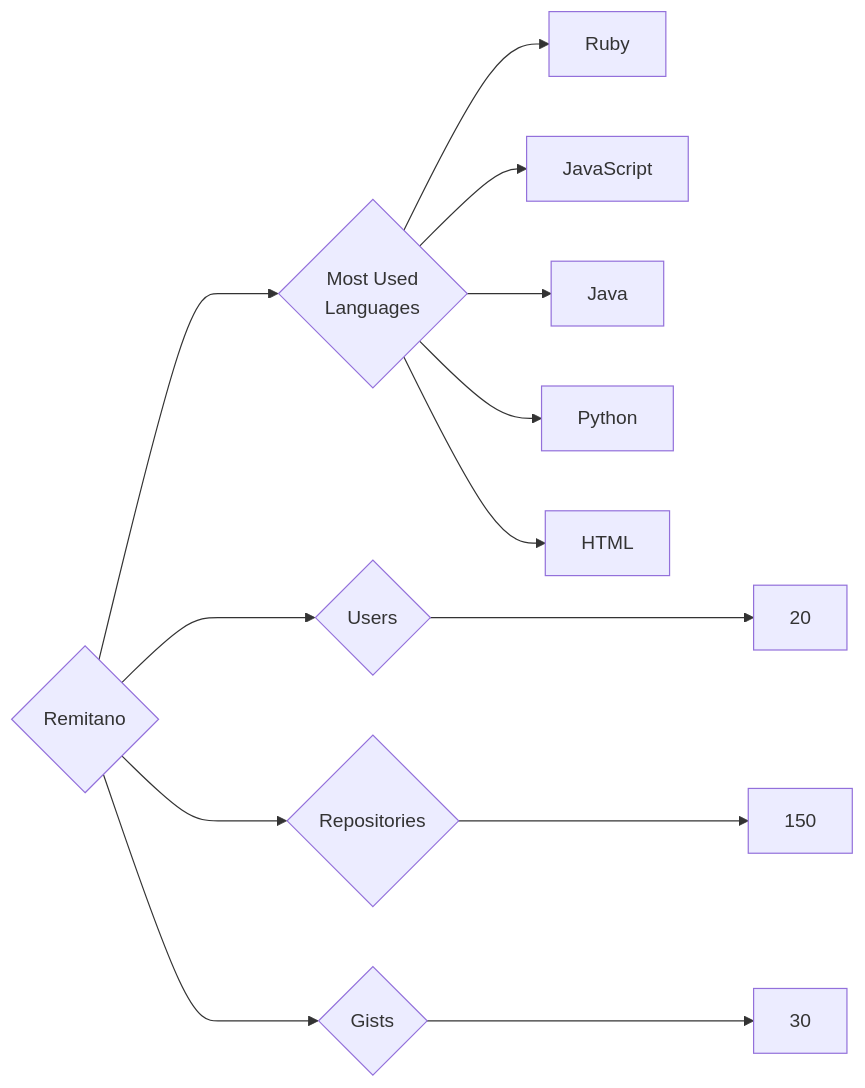
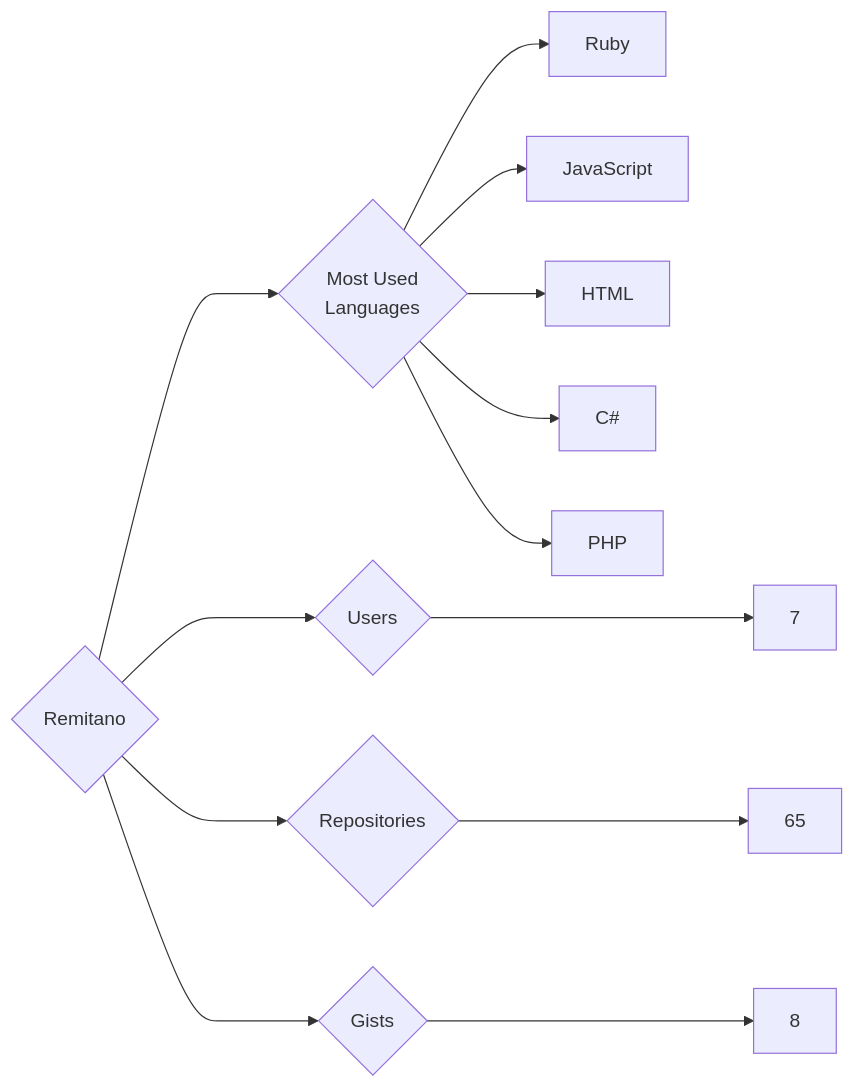
One commit to trickest/insiders changed the diagram in targets/Remitano/README.md. Above: the diagram before and after it, drawn with Mermaid. The commit also changed 920 other files, not shown here.

````diff
--- a/targets/Remitano/README.md
+++ b/targets/Remitano/README.md
@@ -3,13 +3,13 @@
 ```mermaid
 graph LR
 COMPANY_NAME{Remitano}
-COMPANY_NAME ---> U{Users} ---> UN[20]
-COMPANY_NAME ---> R{Repositories} ---> RN[150]
-COMPANY_NAME ---> G{Gists} ---> GN[30]
+COMPANY_NAME ---> U{Users} ---> UN[7]
+COMPANY_NAME ---> R{Repositories} ---> RN[65]
+COMPANY_NAME ---> G{Gists} ---> GN[8]
 COMPANY_NAME ---> ML{Most Used<br>Languages}
 ML --> Ruby[Ruby]
 ML --> JavaScript[JavaScript]
-ML --> Java[Java]
-ML --> Python[Python]
 ML --> HTML[HTML]
+ML --> C#[C#]
+ML --> PHP[PHP]
 ```
````
